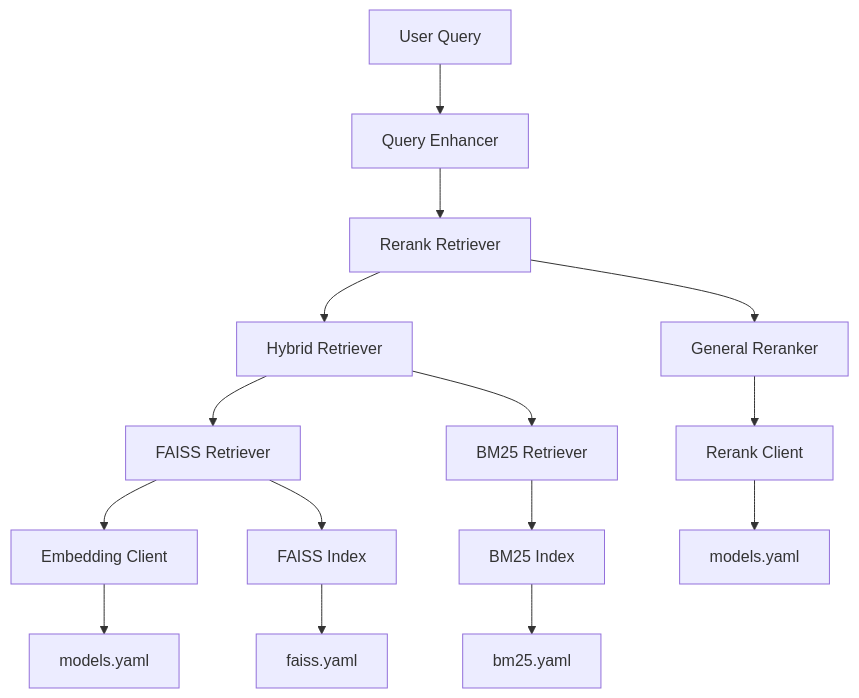
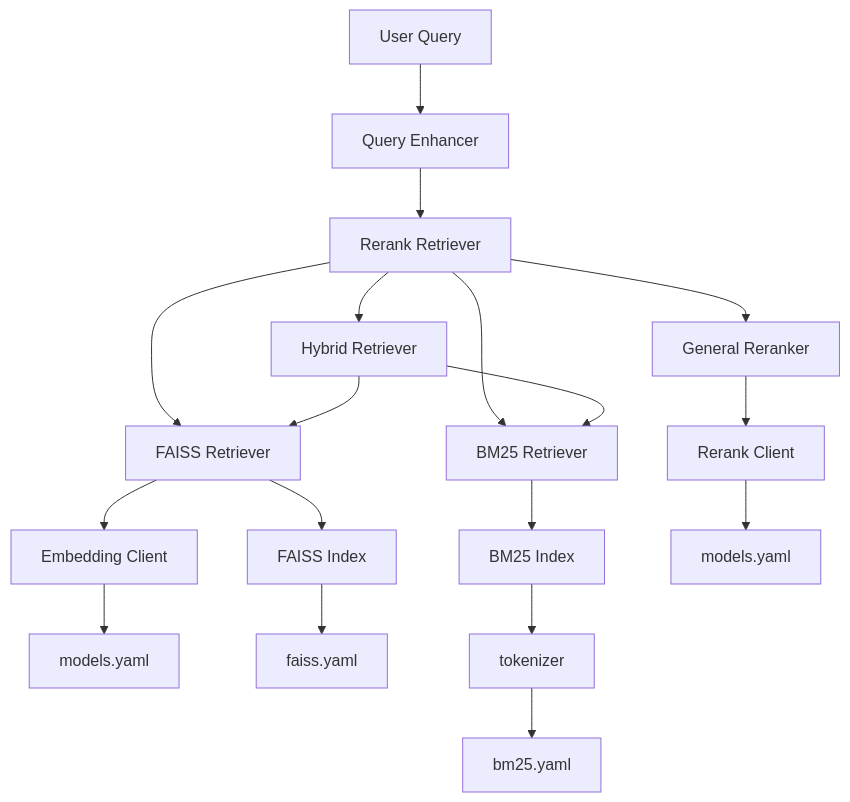
The diagram in README.md (FubonDS/Tiny-RAGFlow), drawn with Mermaid before and after one commit.

Commit message:
更新流程圖，新增 FAISS 和 BM25 檢索器的關聯

````diff
--- a/README.md
+++ b/README.md
@@ -5,33 +5,36 @@
 ```mermaid
 flowchart TD
 
     %% Query Entry
     Q[User Query] --> QE[Query Enhancer]
 
     %% Enhancer uses LLM Client
 
     %% Enhanced queries go into Rerank Retriever first
     QE --> RR[Rerank Retriever]
 
     %% Rerank Retriever delegates to Hybrid Retriever
     RR --> RH[Hybrid Retriever]
+    RR --> R1[FAISS Retriever]
+    RR --> R2[BM25 Retriever]
 
     %% Hybrid retrieves from FAISS & BM25
     RH --> R1[FAISS Retriever]
     RH --> R2[BM25 Retriever]
 
     %% FAISS Retriever uses embedding + FAISS Index
     R1 --> EMB[Embedding Client]
     R1 --> FIndex[FAISS Index]
     EMB --> CFG4[models.yaml]
     FIndex --> CFG1[faiss.yaml]
 
     %% BM25 Retriever uses BM25 Index
     R2 --> BIndex[BM25 Index]
-    BIndex --> CFG2[bm25.yaml]
+    BIndex --> CFG5[tokenizer]
+    CFG5 --> CFG2[bm25.yaml]
 
     %% Reranker uses Reranking Client
     RR --> RK[General Reranker]
     RK --> RC[Rerank Client]
     RC --> CFG3[models.yaml]
 ```
````
